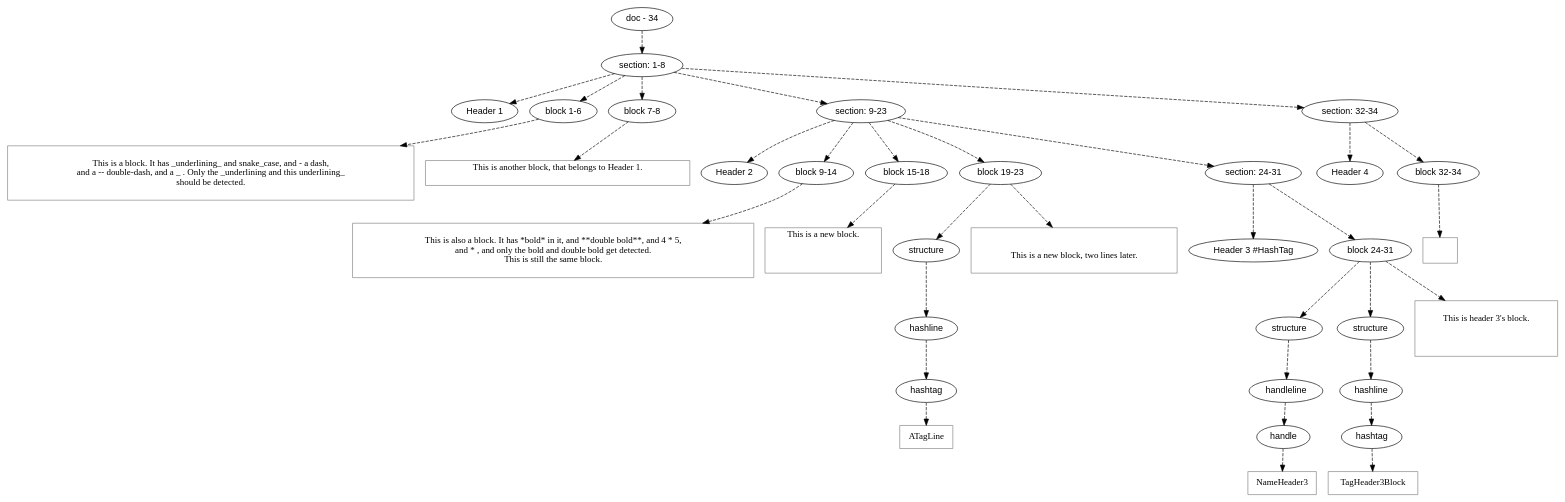
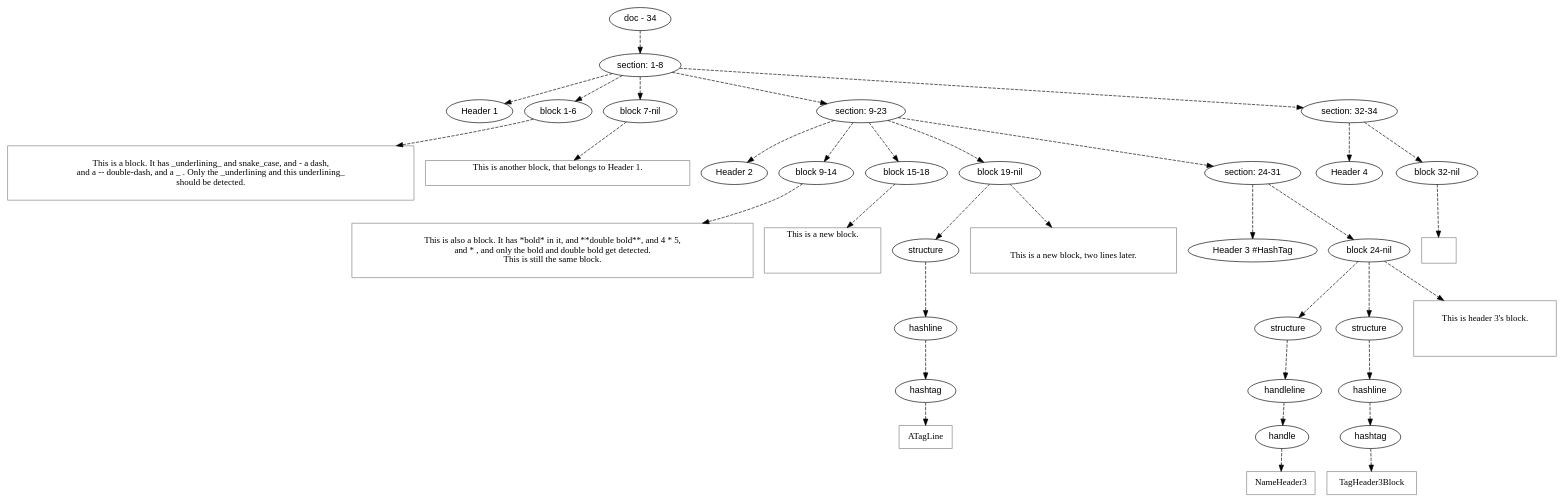
One commit to mnemnion/orb changed the diagram in orb/dot/samples/blocks.gm.dot. Above: the diagram before and after it, drawn with Graphviz. The commit also changed 40 other files, not shown here.

```diff
--- a/orb/dot/samples/blocks.gm.dot
+++ b/orb/dot/samples/blocks.gm.dot
@@ -1,132 +1,132 @@
 digraph hierarchy {
 
 node [fontname=Helvetica]
 edge [style=dashed]
 
 doc_0 [label="doc - 34"]
 
 doc_0 -> { section_1}
 {rank=same; section_1}
 
 section_1 [label="section: 1-8"]
 
 section_1 -> { header_2 block_3 block_4 section_5 section_6}
 {rank=same; header_2 block_3 block_4 section_5 section_6}
 
 header_2 [label="Header 1"]
 block_3 [label="block 1-6"]
-block_4 [label="block 7-8"]
+block_4 [label="block 7-nil"]
 section_5 [label="section: 9-23"]
 section_6 [label="section: 32-34"]
 
 
 block_3 -> leaf_7
 leaf_7  [color=Gray,shape=rectangle,fontname=Inconsolata,label="
 This is a block. It has _underlining_ and snake_case, and - a dash,
 and a -- double-dash, and a _ . Only the _underlining and this underlining_
 should be detected.
 
 "]
 block_4 -> leaf_8
 leaf_8  [color=Gray,shape=rectangle,fontname=Inconsolata,label="This is another block, that belongs to Header 1.
 
 "]section_5 -> { header_9 block_10 block_11 block_12 section_13}
 {rank=same; header_9 block_10 block_11 block_12 section_13}
 
 header_9 [label="Header 2"]
 block_10 [label="block 9-14"]
 block_11 [label="block 15-18"]
-block_12 [label="block 19-23"]
+block_12 [label="block 19-nil"]
 section_13 [label="section: 24-31"]
 
 
 block_10 -> leaf_14
 leaf_14  [color=Gray,shape=rectangle,fontname=Inconsolata,label="
 This is also a block. It has *bold* in it, and **double bold**, and 4 * 5,
 and * , and only the bold and double bold get detected.
 This is still the same block.
 
 "]
 block_11 -> leaf_15
 leaf_15  [color=Gray,shape=rectangle,fontname=Inconsolata,label="This is a new block.
 
 
 
 "]block_12 -> { structure_16}
 {rank=same; structure_16}
 
 structure_16 [label="structure"]
 
 structure_16 -> { hashline_17}
 {rank=same; hashline_17}
 
 hashline_17 [label="hashline"]
 
 hashline_17 -> { hashtag_18}
 {rank=same; hashtag_18}
 
 hashtag_18 [label="hashtag"]
 
 
 hashtag_18 -> leaf_19
 leaf_19  [color=Gray,shape=rectangle,fontname=Inconsolata,label="ATagLine"]
 block_12 -> leaf_20
 leaf_20  [color=Gray,shape=rectangle,fontname=Inconsolata,label="
 
 This is a new block, two lines later.
 
 "]section_13 -> { header_21 block_22}
 {rank=same; header_21 block_22}
 
 header_21 [label="Header 3 #HashTag"]
-block_22 [label="block 24-31"]
+block_22 [label="block 24-nil"]
 
 block_22 -> { structure_23 structure_24}
 {rank=same; structure_23 structure_24}
 
 structure_23 [label="structure"]
 structure_24 [label="structure"]
 
 structure_23 -> { handleline_25}
 {rank=same; handleline_25}
 
 handleline_25 [label="handleline"]
 
 handleline_25 -> { handle_26}
 {rank=same; handle_26}
 
 handle_26 [label="handle"]
 
 
 handle_26 -> leaf_27
 leaf_27  [color=Gray,shape=rectangle,fontname=Inconsolata,label="NameHeader3"]structure_24 -> { hashline_28}
 {rank=same; hashline_28}
 
 hashline_28 [label="hashline"]
 
 hashline_28 -> { hashtag_29}
 {rank=same; hashtag_29}
 
 hashtag_29 [label="hashtag"]
 
 
 hashtag_29 -> leaf_30
 leaf_30  [color=Gray,shape=rectangle,fontname=Inconsolata,label="TagHeader3Block"]
 block_22 -> leaf_31
 leaf_31  [color=Gray,shape=rectangle,fontname=Inconsolata,label="
 This is header 3's block.
 
 
 
 "]section_6 -> { header_32 block_33}
 {rank=same; header_32 block_33}
 
 header_32 [label="Header 4"]
-block_33 [label="block 32-34"]
+block_33 [label="block 32-nil"]
 
 
 block_33 -> leaf_34
 leaf_34  [color=Gray,shape=rectangle,fontname=Inconsolata,label="
 
 "]
 }
```
